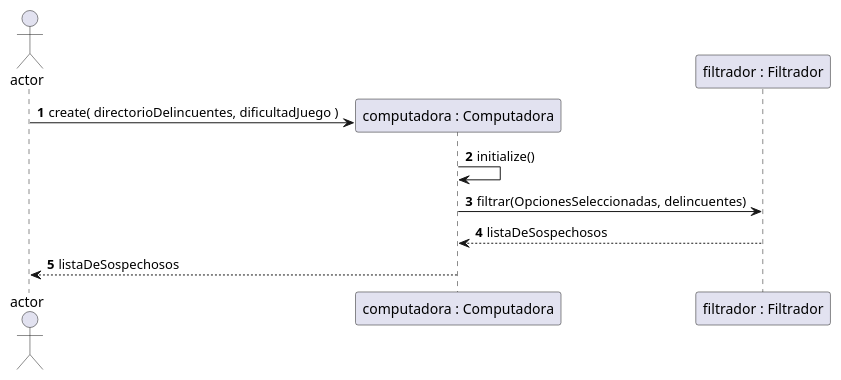
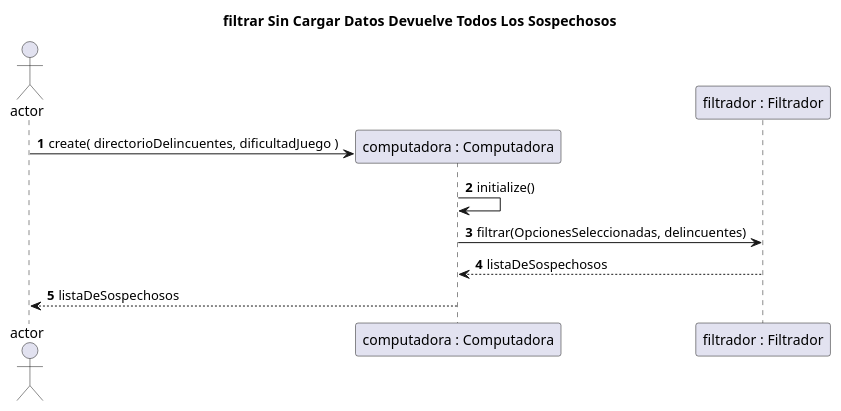
Before and after one commit to Fanusaez/TP2_algo3_algothief: the diagram in Entrega2/casoDeUso3.puml, drawn with PlantUML. The commit also changed 5 other files, not shown here.

First line of the commit message:
Actualice Diagrama1

```diff
--- a/Entrega2/casoDeUso3.puml
+++ b/Entrega2/casoDeUso3.puml
@@ -1,14 +1,14 @@
 @startuml
 'https://plantuml.com/sequence-diagram
-
+title : filtrar Sin Cargar Datos Devuelve Todos Los Sospechosos
 autonumber
 Actor actor
 create "computadora : Computadora"
 actor -> "computadora : Computadora" : create( directorioDelincuentes, dificultadJuego )
 "computadora : Computadora" -> "computadora : Computadora" : initialize()
 "computadora : Computadora" -> "filtrador : Filtrador" : filtrar(OpcionesSeleccionadas, delincuentes)
 "filtrador : Filtrador" --> "computadora : Computadora" : listaDeSospechosos
 "computadora : Computadora" --> actor : listaDeSospechosos
 
 
 @enduml
```
